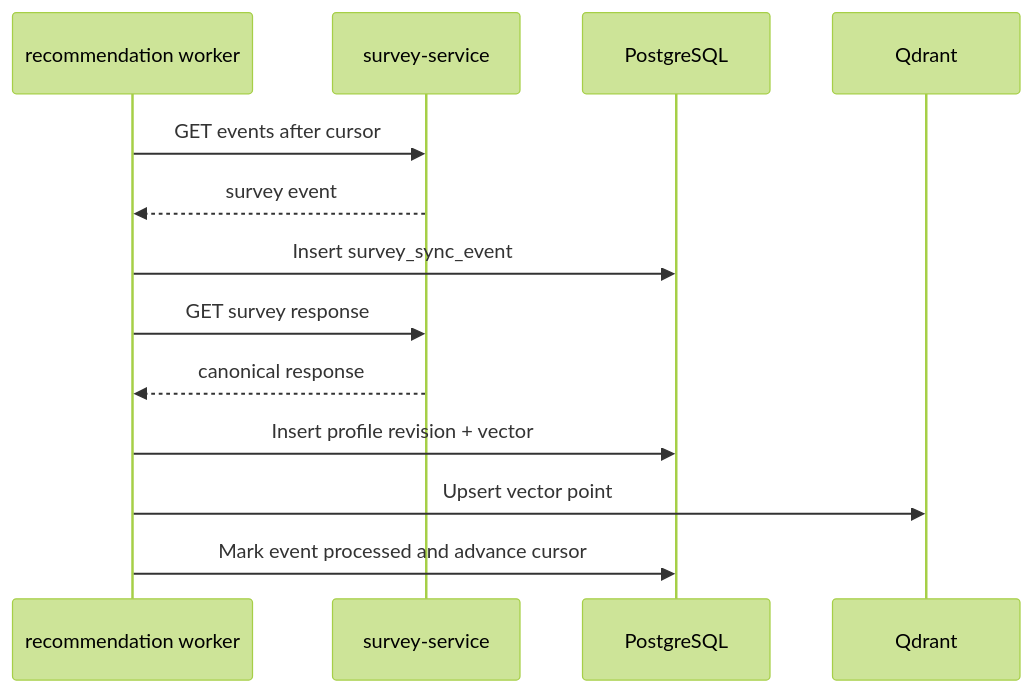
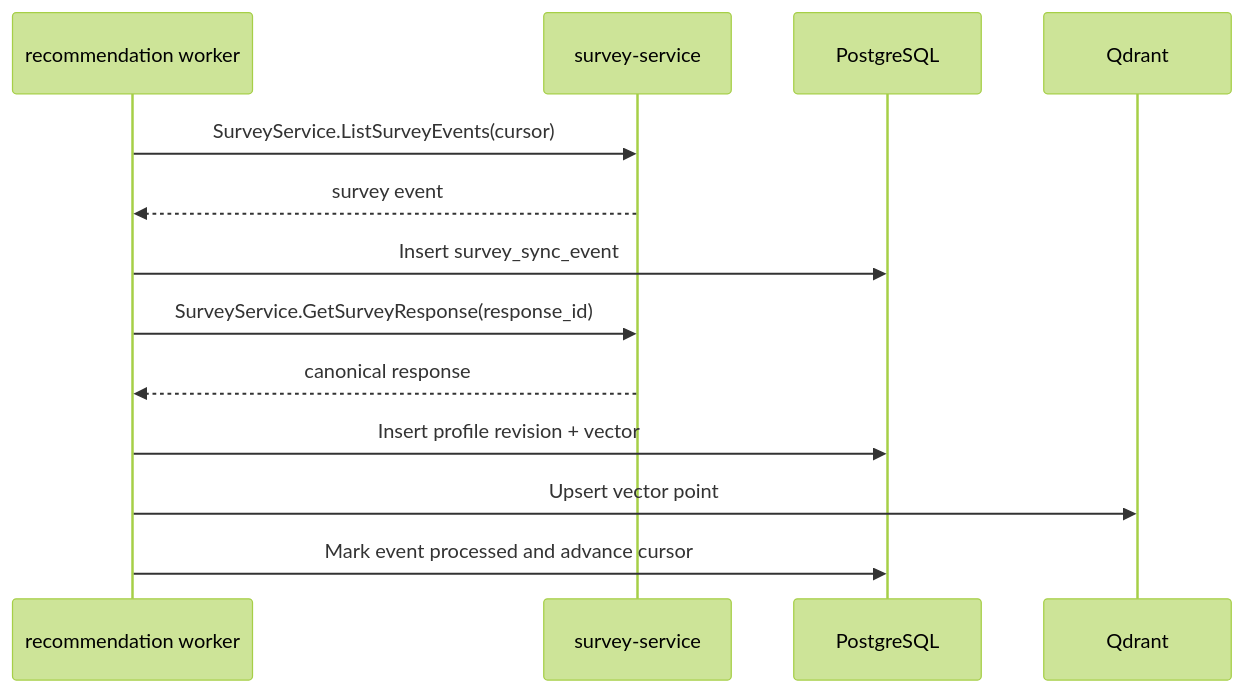
Before and after one commit to SKKU-Tamer-Captstone-26-1/recommendation-service: the diagram in docs/recommendation/sync-flow.md, drawn with Mermaid (forest theme). The commit also changed other lines of this file and 46 other files, not shown here.

````diff
--- a/docs/recommendation/sync-flow.md
+++ b/docs/recommendation/sync-flow.md
@@ -143,16 +144,16 @@
 ```mermaid
 sequenceDiagram
     participant Worker as recommendation worker
     participant Survey as survey-service
     participant PG as PostgreSQL
     participant Q as Qdrant
 
-    Worker->>Survey: GET events after cursor
+    Worker->>Survey: SurveyService.ListSurveyEvents(cursor)
     Survey-->>Worker: survey event
     Worker->>PG: Insert survey_sync_event
-    Worker->>Survey: GET survey response
+    Worker->>Survey: SurveyService.GetSurveyResponse(response_id)
     Survey-->>Worker: canonical response
     Worker->>PG: Insert profile revision + vector
     Worker->>Q: Upsert vector point
     Worker->>PG: Mark event processed and advance cursor
 ```
````
